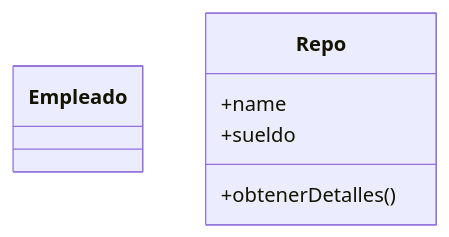
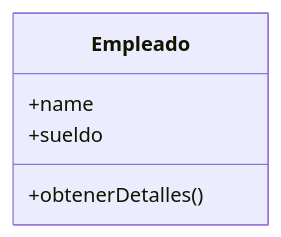
One commit to Mike-std-cpu/JS_Basic changed the first of 2 diagrams in L15-JS/SobreEscritura.md. Above: the diagram before and after it, drawn with Mermaid. The commit also changed other lines of this file, not shown here.

Commit message:
Correction

````diff
--- a/L15-JS/SobreEscritura.md
+++ b/L15-JS/SobreEscritura.md
@@ -12,7 +12,7 @@
  ```mermaid
  classDiagram
  class Empleado
- Repo : +name
- Repo : +sueldo
- Repo : +obtenerDetalles()
+ Empleado : +name
+ Empleado : +sueldo
+ Empleado : +obtenerDetalles()
  ```
````
